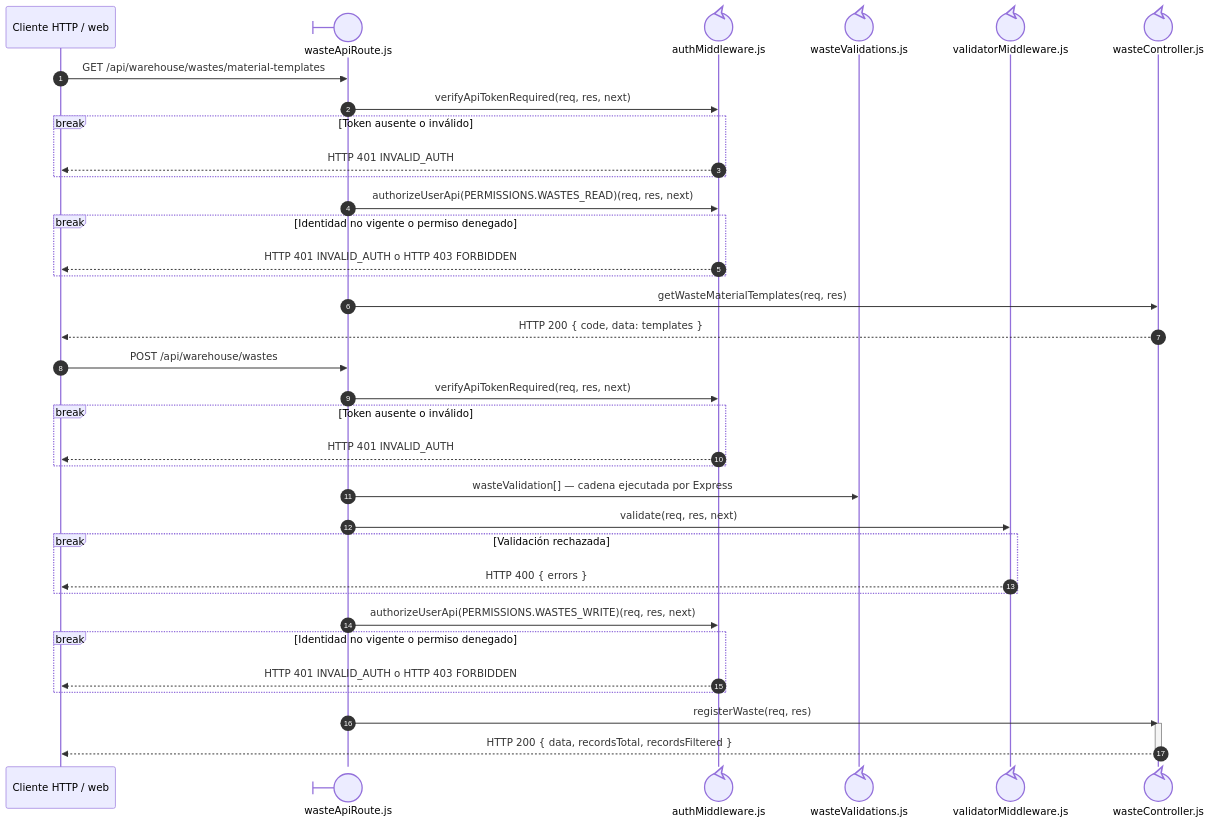
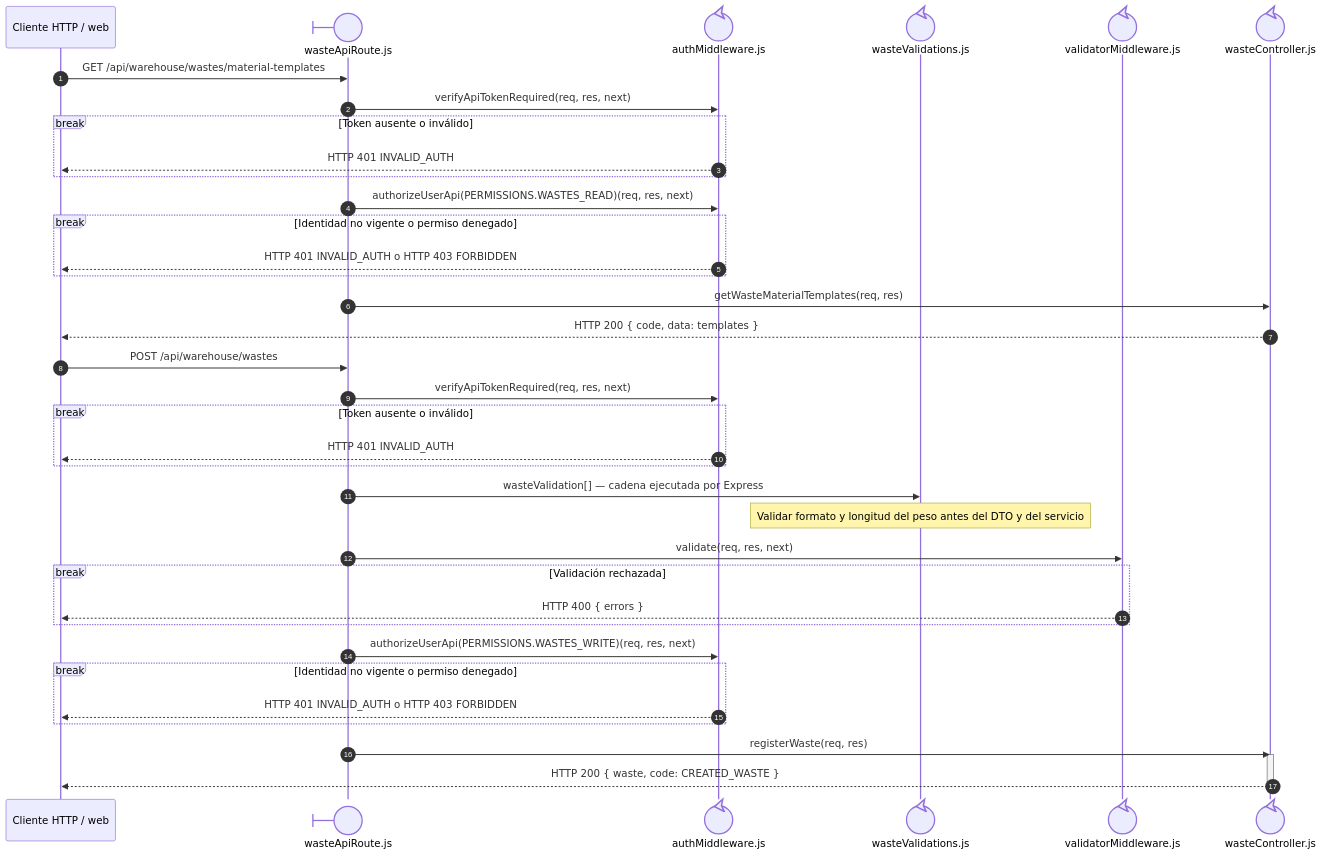
The first of 2 diagrams in docs/architecture/views/processes/backend-code-sequences/catalogs/cu-alm-10.md (gpgsistemas01/nexus), drawn with Mermaid before and after one commit. The commit also changed other lines of this file and 24 other files, not shown here.

````diff
--- a/docs/architecture/views/processes/backend-code-sequences/catalogs/cu-alm-10.md
+++ b/docs/architecture/views/processes/backend-code-sequences/catalogs/cu-alm-10.md
@@ -31,40 +31,41 @@
 ```mermaid
 sequenceDiagram
     autonumber
     participant Client as Cliente HTTP / web
     participant Route@{ "type": "boundary" } as wasteApiRoute.js
     participant Auth@{ "type": "control" } as authMiddleware.js
     participant ValidationRules@{ "type": "control" } as wasteValidations.js
     participant Validator@{ "type": "control" } as validatorMiddleware.js
     participant Controller@{ "type": "control" } as wasteController.js
 
     Client->>Route: GET /api/warehouse/wastes/material-templates
     Route->>Auth: verifyApiTokenRequired(req, res, next)
     break Token ausente o inválido
         Auth-->>Client: HTTP 401 INVALID_AUTH
     end
     Route->>Auth: authorizeUserApi(PERMISSIONS.WASTES_READ)(req, res, next)
     break Identidad no vigente o permiso denegado
         Auth-->>Client: HTTP 401 INVALID_AUTH o HTTP 403 FORBIDDEN
     end
     Route->>Controller: getWasteMaterialTemplates(req, res)
     Controller-->>Client: HTTP 200 { code, data: templates }
     Client->>Route: POST /api/warehouse/wastes
     Route->>Auth: verifyApiTokenRequired(req, res, next)
     break Token ausente o inválido
         Auth-->>Client: HTTP 401 INVALID_AUTH
     end
     Route->>ValidationRules: wasteValidation[] — cadena ejecutada por Express
+    Note over ValidationRules: Validar formato y longitud del peso antes del DTO y del servicio
     Route->>Validator: validate(req, res, next)
     break Validación rechazada
         Validator-->>Client: HTTP 400 { errors }
     end
     Route->>Auth: authorizeUserApi(PERMISSIONS.WASTES_WRITE)(req, res, next)
     break Identidad no vigente o permiso denegado
         Auth-->>Client: HTTP 401 INVALID_AUTH o HTTP 403 FORBIDDEN
     end
     Route->>Controller: registerWaste(req, res)
     activate Controller
-        Controller-->>Client: HTTP 200 { data, recordsTotal, recordsFiltered }
+        Controller-->>Client: HTTP 200 { waste, code: CREATED_WASTE }
     deactivate Controller
 ```
````
